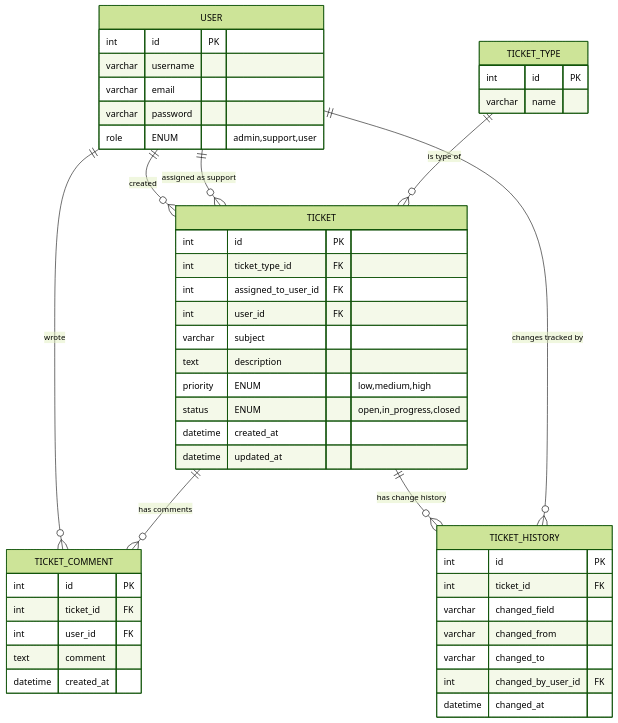
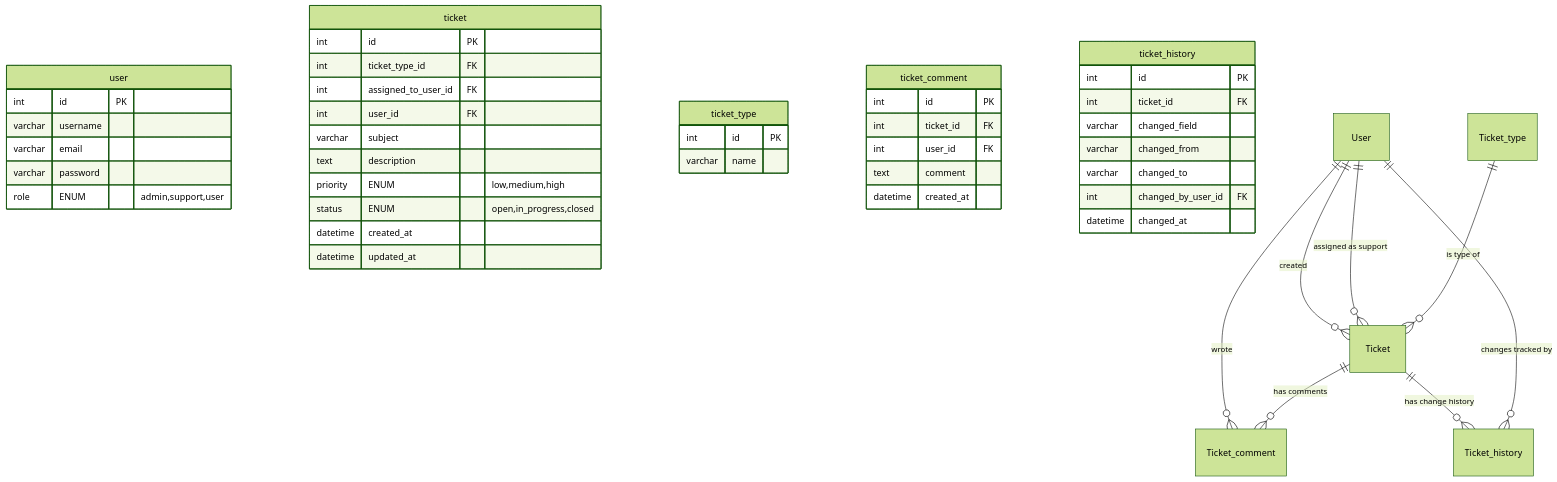
Before and after one commit to Fischer38/Master-Ticket-System-H2: the diagram in doc/table.md, drawn with Mermaid (forest theme). The commit also changed 13 other files, not shown here.

````diff
--- a/doc/table.md
+++ b/doc/table.md
@@ -1,51 +1,51 @@
 ```mermaid
 erDiagram
-    USER {
+    user {
         int id PK
         varchar username
         varchar email
         varchar password
         role ENUM "admin,support,user"
     }
-    TICKET {
+    ticket {
         int id PK
         int ticket_type_id FK
         int assigned_to_user_id FK
         int user_id FK
         varchar subject
         text description
         priority ENUM "low,medium,high"
         status ENUM "open,in_progress,closed"
         datetime created_at
         datetime updated_at
     }
-    TICKET_TYPE {
+    ticket_type {
         int id PK
         varchar name
     }
-    TICKET_COMMENT {
+    ticket_comment {
         int id PK
         int ticket_id FK
         int user_id FK
         text comment
         datetime created_at
     }
-    TICKET_HISTORY {
+    ticket_history {
         int id PK
         int ticket_id FK
         varchar changed_field 
         varchar changed_from
         varchar changed_to
         int changed_by_user_id FK
         datetime changed_at
     }
 
     %% Relations
-        USER ||--o{ TICKET : "created"
-        USER ||--o{ TICKET_COMMENT : "wrote"
-        USER ||--o{ TICKET : "assigned as support"
-        TICKET_TYPE ||--o{ TICKET : "is type of"
-        TICKET ||--o{ TICKET_COMMENT : "has comments"
-        TICKET ||--o{ TICKET_HISTORY : "has change history"
-        USER ||--o{ TICKET_HISTORY : "changes tracked by"
+        User ||--o{ Ticket : "created"
+        User ||--o{ Ticket_comment : "wrote"
+        User ||--o{ Ticket : "assigned as support"
+        Ticket_type ||--o{ Ticket : "is type of"
+        Ticket ||--o{ Ticket_comment : "has comments"
+        Ticket ||--o{ Ticket_history : "has change history"
+        User ||--o{ Ticket_history : "changes tracked by"
 ```
````
